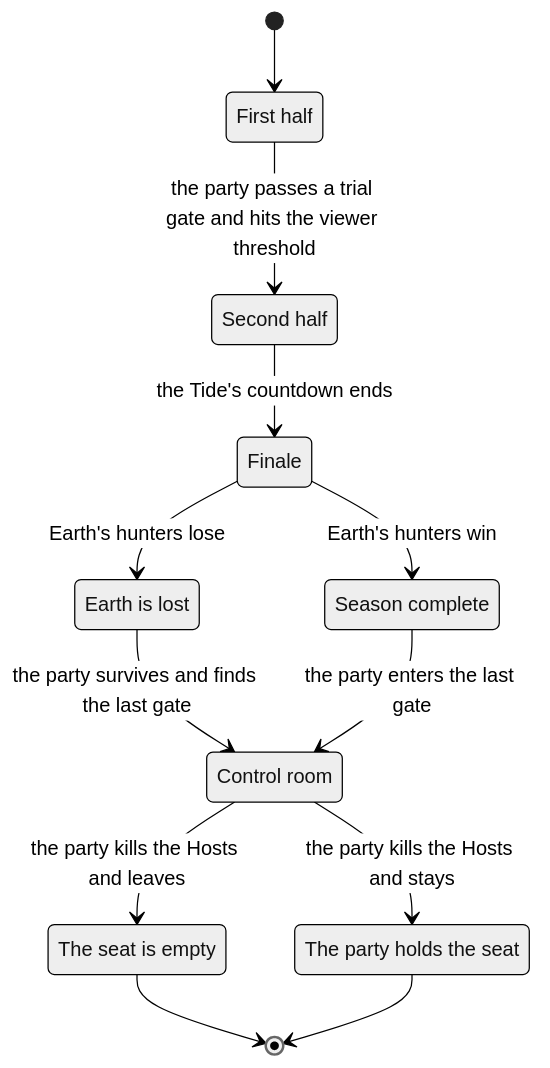
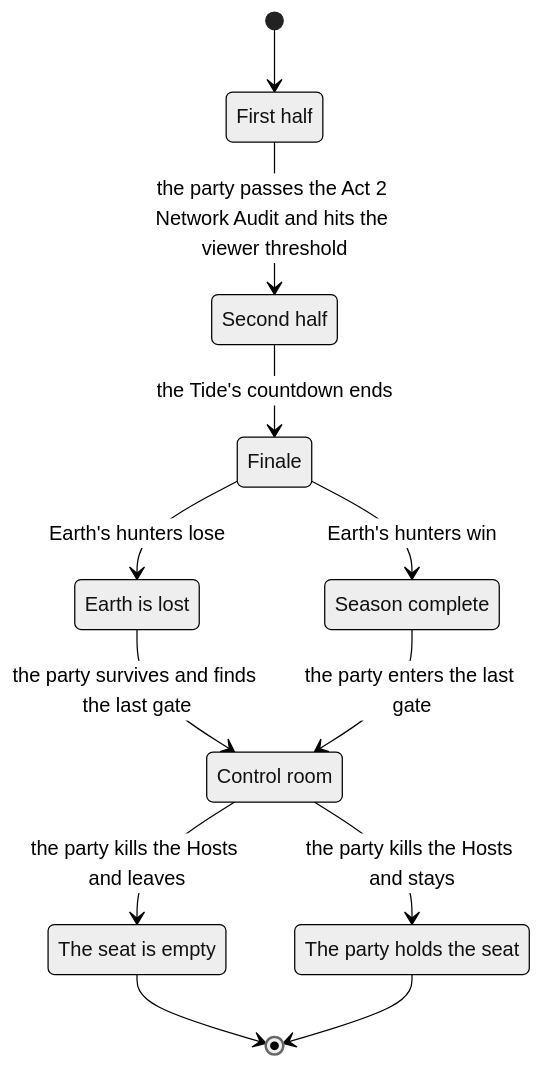
Diagram 21 of 21 in docs/world/machines.md (makoots-png/System-gaming-public), drawn with Mermaid (neutral theme) before and after one commit. The commit also changed other lines of this file and 13 other files, not shown here.

````diff
--- a/docs/world/machines.md
+++ b/docs/world/machines.md
@@ -807,22 +815,22 @@
 ```mermaid
 stateDiagram-v2
   state "First half" as s1
   state "Second half" as s2
   state "Finale" as s3
   state "Season complete" as s4
   state "Earth is lost" as s5
   state "Control room" as s6
   state "The seat is empty" as s7
   state "The party holds the seat" as s8
   [*] --> s1
-  s1 --> s2 : the party passes a trial gate and hits the viewer threshold
+  s1 --> s2 : the party passes the Act 2 Network Audit and hits the viewer threshold
   s2 --> s3 : the Tide's countdown ends
   s3 --> s4 : Earth's hunters win
   s3 --> s5 : Earth's hunters lose
   s5 --> s6 : the party survives and finds the last gate
   s4 --> s6 : the party enters the last gate
   s6 --> s7 : the party kills the Hosts and leaves
   s6 --> s8 : the party kills the Hosts and stays
   s7 --> [*]
   s8 --> [*]
 ```
````
